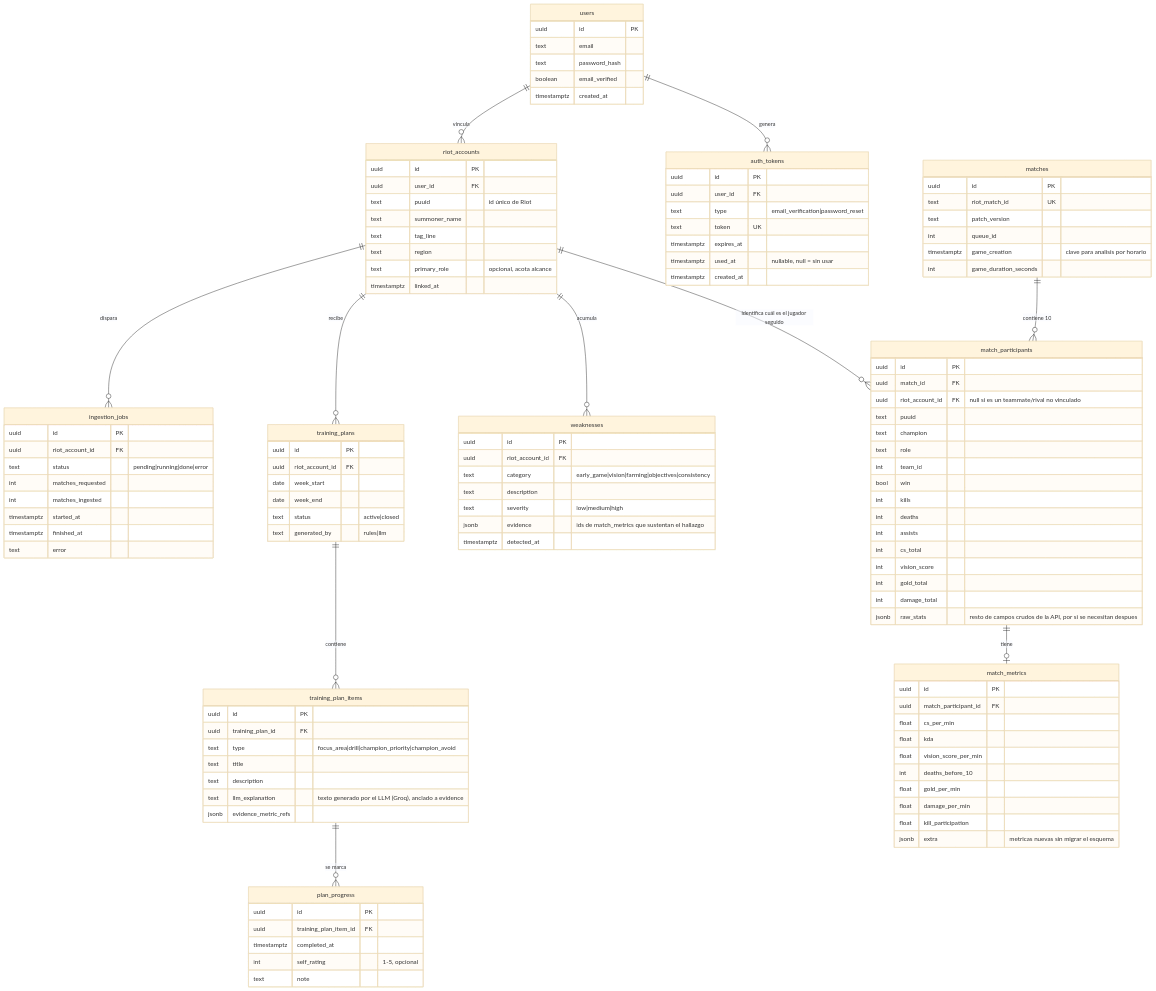
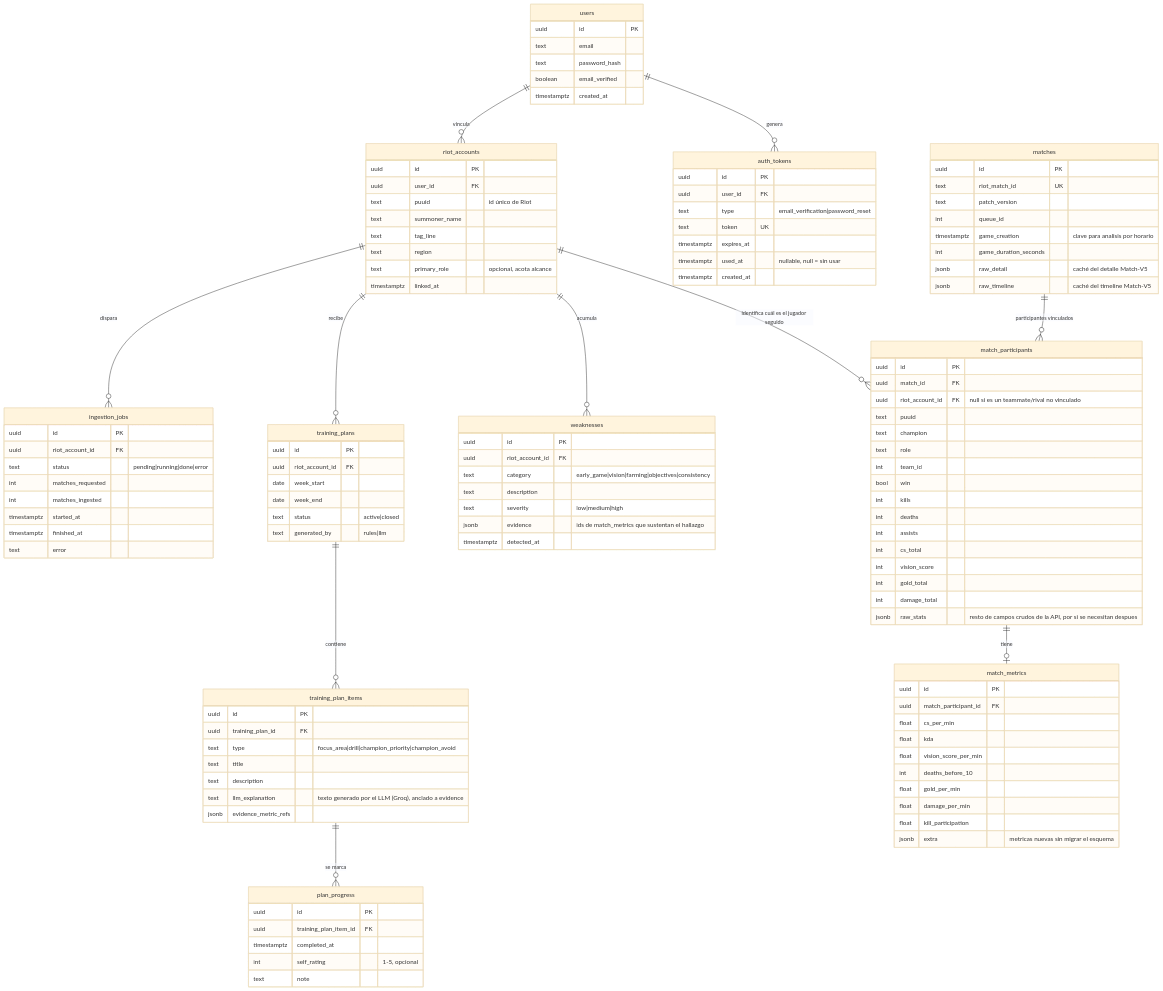
One commit to erickm13/lol-performance-coach changed the diagram in docs/modelo-entidad-relacion.md. Above: the diagram before and after it, drawn with Mermaid (base theme). The commit also changed other lines of this file and 79 other files, not shown here.

```diff
--- a/docs/modelo-entidad-relacion.md
+++ b/docs/modelo-entidad-relacion.md
@@ -11,7 +11,7 @@
     riot_accounts ||--o{ ingestion_jobs : "dispara"
     riot_accounts ||--o{ training_plans : "recibe"
     riot_accounts ||--o{ weaknesses : "acumula"
-    matches ||--o{ match_participants : "contiene 10"
+    matches ||--o{ match_participants : "participantes vinculados"
     match_participants ||--o| match_metrics : "tiene"
     riot_accounts ||--o{ match_participants : "identifica cuál es el jugador seguido"
     training_plans ||--o{ training_plan_items : "contiene"
@@ -60,6 +60,8 @@
         int queue_id
         timestamptz game_creation "clave para analisis por horario"
         int game_duration_seconds
+        jsonb raw_detail "caché del detalle Match-V5"
+        jsonb raw_timeline "caché del timeline Match-V5"
     }
     match_participants {
         uuid id PK
```
